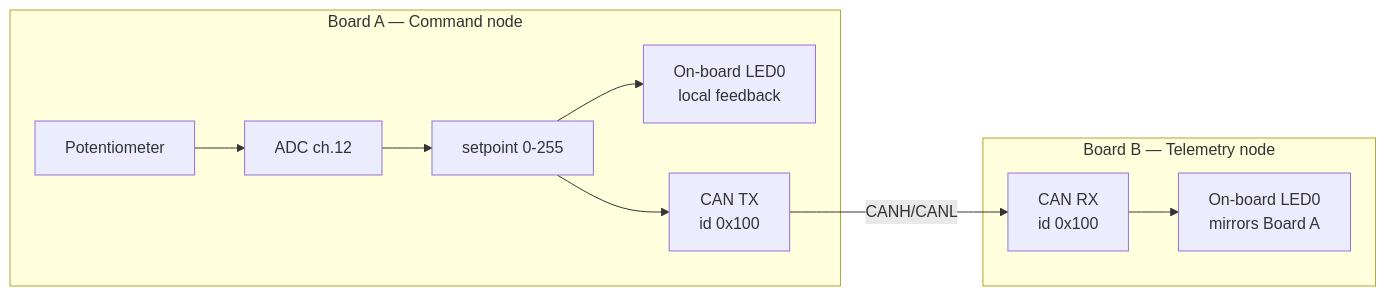
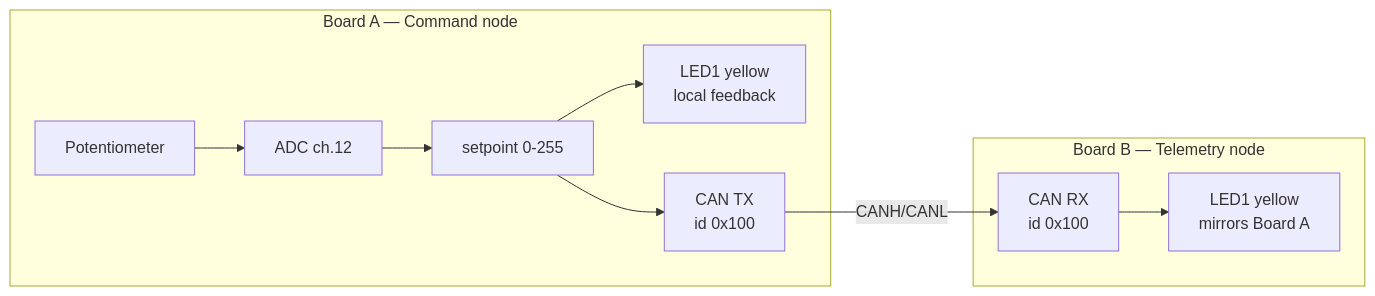
Before and after one commit to ClarkJ-Infineon/devcon-training-2026: the diagram in docs/psoc-control-can-lab.md, drawn with Mermaid. The commit also changed other lines of this file and 21 other files, not shown here.

First line of the commit message:
fix(can-lab): correct CC2 user LED polarity and soft-PWM end stops

````diff
--- a/docs/psoc-control-can-lab.md
+++ b/docs/psoc-control-can-lab.md
@@ -55,13 +55,13 @@
 ```mermaid
 flowchart LR
     subgraph "Board A — Command node"
         POT[Potentiometer] --> ADC[ADC ch.12]
         ADC --> CALC[setpoint 0-255]
-        CALC --> LED_A[On-board LED0<br/>local feedback]
+        CALC --> LED_A[LED1 yellow<br/>local feedback]
         CALC --> CANTX[CAN TX<br/>id 0x100]
     end
     CANTX -- "CANH/CANL" --> CANRX
     subgraph "Board B — Telemetry node"
-        CANRX[CAN RX<br/>id 0x100] --> LED_B[On-board LED0<br/>mirrors Board A]
+        CANRX[CAN RX<br/>id 0x100] --> LED_B[LED1 yellow<br/>mirrors Board A]
     end
 ```
````
